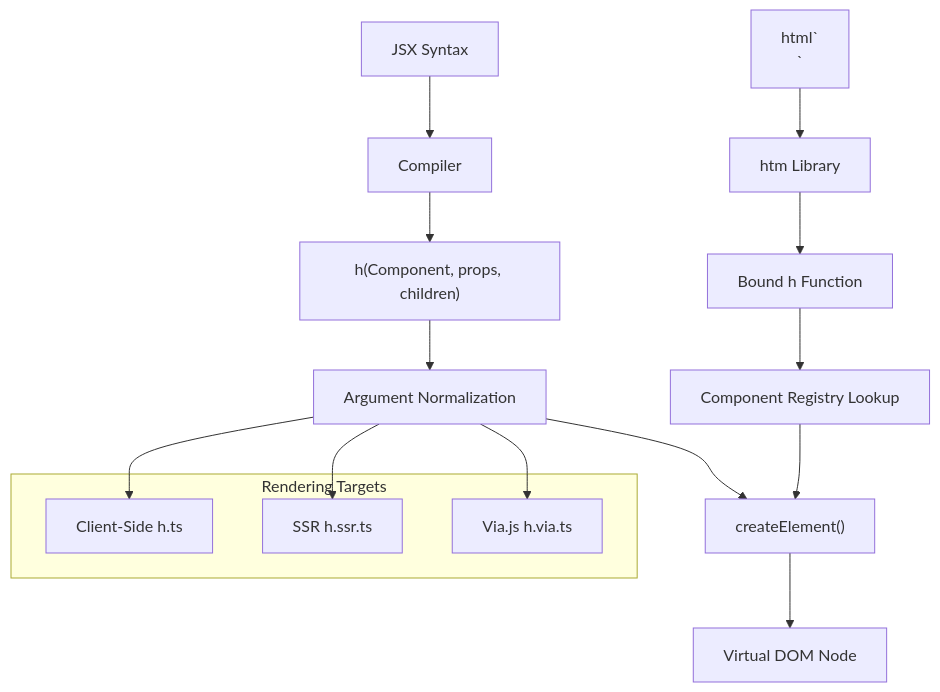
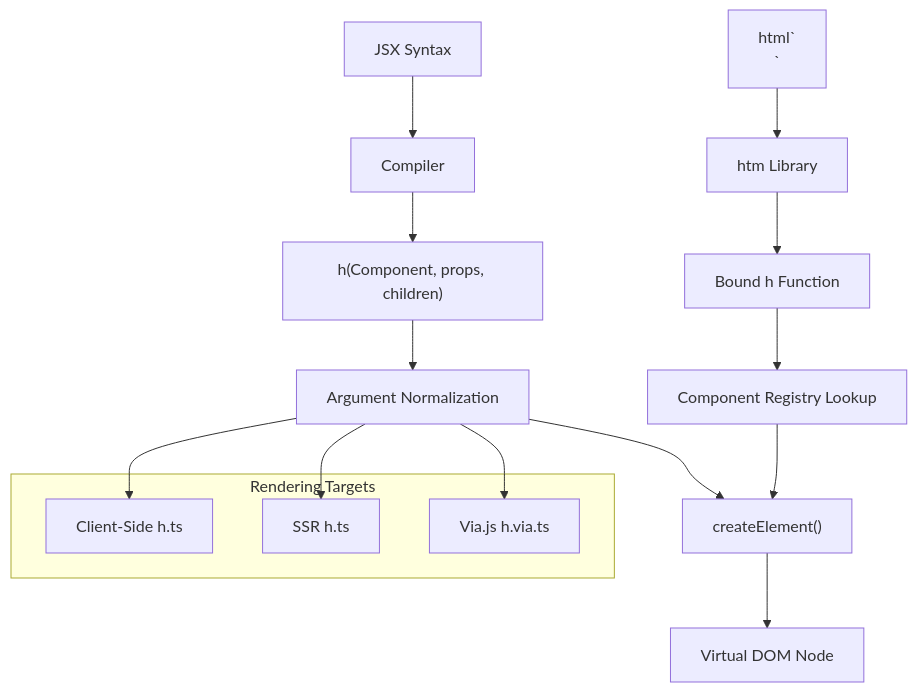
The first of 5 diagrams in .qoder/repowiki/en/content/API Reference/Core Methods/Hyperscript Utilities/Hyperscript Utilities.md (wobyjs/woby), drawn with Mermaid before and after one commit. The commit also changed other lines of this file and 36 other files, not shown here.

````diff
--- a/.qoder/repowiki/en/content/API Reference/Core Methods/Hyperscript Utilities/Hyperscript Utilities.md
+++ b/.qoder/repowiki/en/content/API Reference/Core Methods/Hyperscript Utilities/Hyperscript Utilities.md
@@ -40,20 +40,20 @@
 ```mermaid
 graph TB
 JSX[JSX Syntax] --> Compiler
 Compiler --> hCall["h(Component, props, children)"]
 hCall --> Normalization["Argument Normalization"]
 Normalization --> CreateElement["createElement()"]
 CreateElement --> VDOM["Virtual DOM Node"]
 Template[html`<div/>`] --> HTM[htm Library]
 HTM --> BoundH["Bound h Function"]
 BoundH --> RegistryLookup["Component Registry Lookup"]
 RegistryLookup --> CreateElement
 subgraph "Rendering Targets"
 Client["Client-Side h.ts"]
-SSR["SSR h.ssr.ts"]
+SSR["SSR h.ts"]
 Via["Via.js h.via.ts"]
 end
 Normalization --> Client
 Normalization --> SSR
 Normalization --> Via
 ```
````
